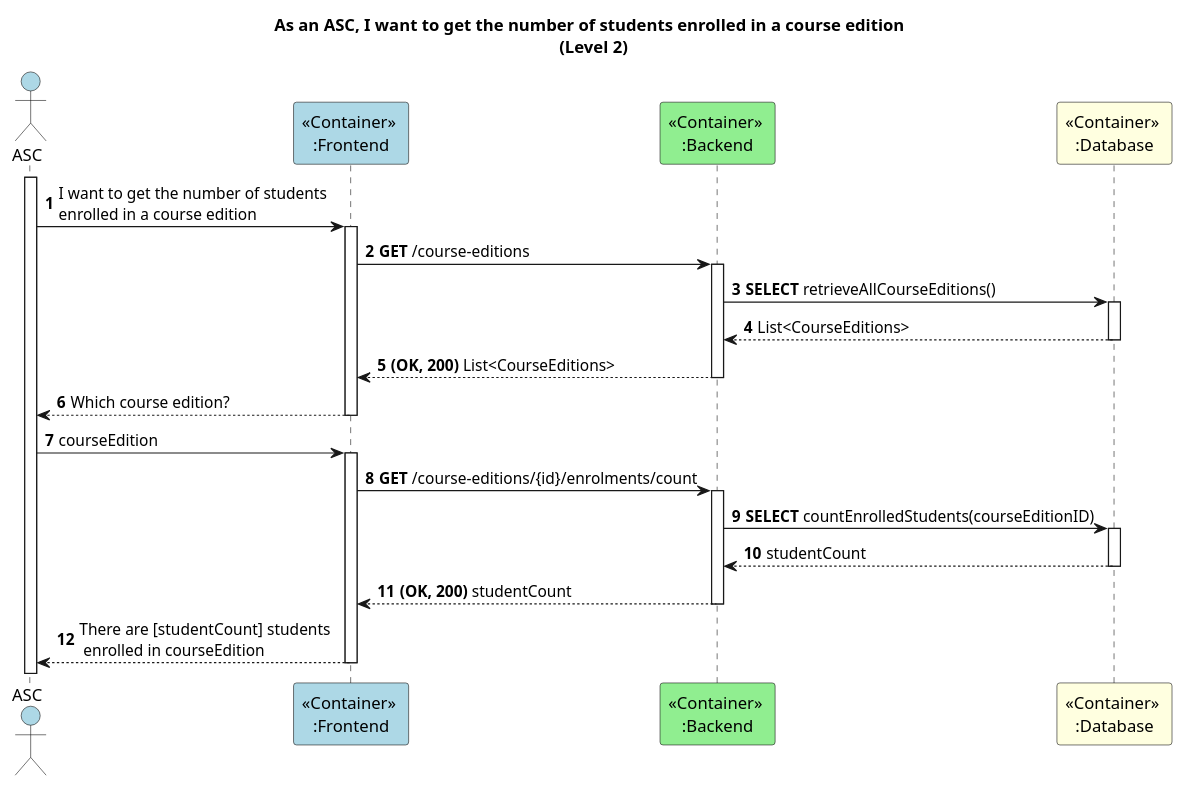
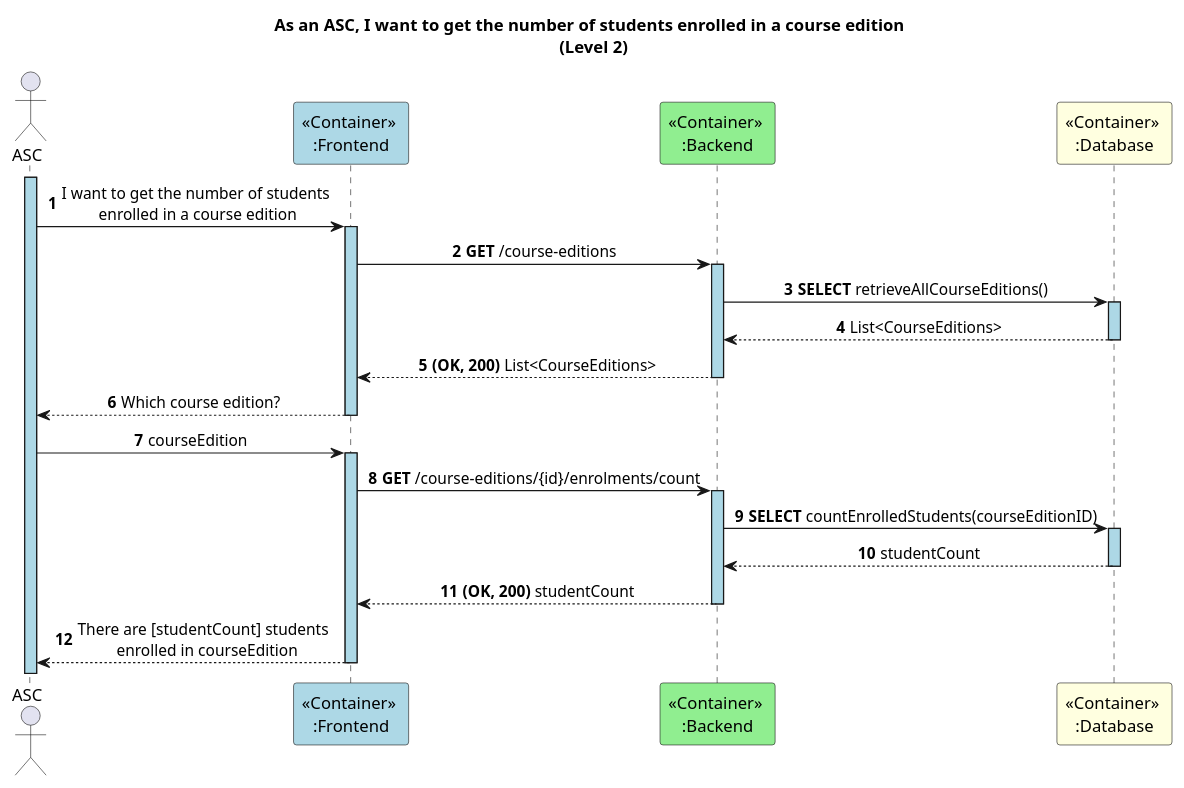
Before and after one commit to GasparISEP/DevOps-PAI: the diagram in docs/US36/ProcessView/Level2.puml, drawn with PlantUML. The commit also changed 9 other files, not shown here.

Commit message:
Refs #652, #658: Refactored all US36 diagrams visual aspect

```diff
--- a/docs/US36/ProcessView/Level2.puml
+++ b/docs/US36/ProcessView/Level2.puml
@@ -1,26 +1,28 @@
 @startuml
 autonumber
 
 title As an ASC, I want to get the number of students enrolled in a course edition \n (Level 2)
+skinparam sequenceMessageAlign center
+skinparam sequenceLifeLineBackgroundColor #lightblue
 
-actor ASC as Admin #lightblue
+actor ASC as Admin
 participant "<<Container>> \n:Frontend" as FE #lightblue
 participant "<<Container>> \n:Backend" as BE #lightgreen
 participant "<<Container>> \n:Database" as BD #lightyellow
 
 activate Admin
 Admin -> FE ++ : I want to get the number of students \nenrolled in a course edition
 FE -> BE ++ : **GET** /course-editions
 BE -> BD ++ : **SELECT** retrieveAllCourseEditions()
 BD --> BE --: List<CourseEditions>
 BE --> FE --: **(OK, 200)** List<CourseEditions>
 FE --> Admin --: Which course edition?
 
 Admin -> FE ++ : courseEdition
 FE -> BE ++ : **GET** /course-editions/{id}/enrolments/count
 
 BE -> BD ++ : **SELECT** countEnrolledStudents(courseEditionID)
 BD --> BE --: studentCount
 BE --> FE --: **(OK, 200)** studentCount
 FE --> Admin --: There are [studentCount] students \n enrolled in courseEdition
 @enduml
```
